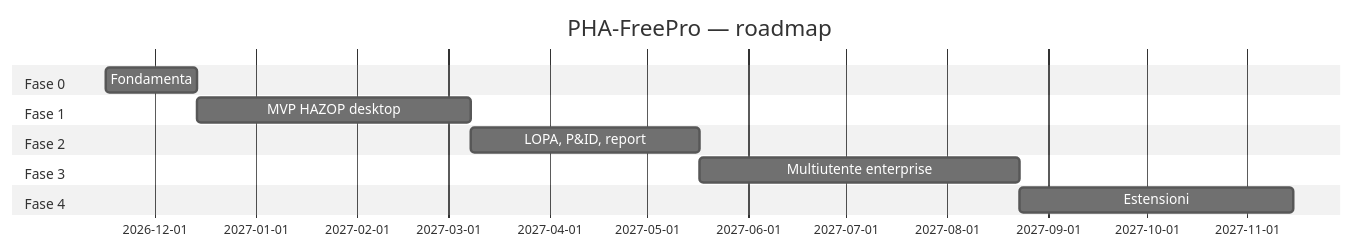
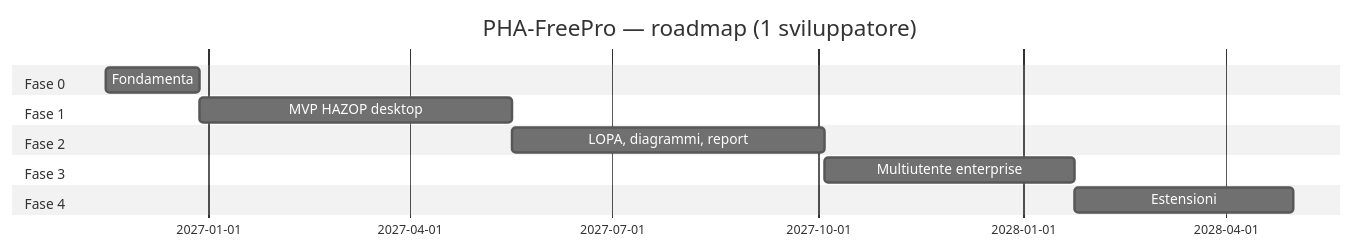
One commit to Desluca/PHA-FreePro changed the diagram in docs/PLANNER.md. Above: the diagram before and after it, drawn with Mermaid (neutral theme). The commit also changed other lines of this file and 6 other files, not shown here.

````diff
--- a/docs/PLANNER.md
+++ b/docs/PLANNER.md
@@ -29,15 +33,15 @@
 ```mermaid
 gantt
-    title PHA-FreePro — roadmap
+    title PHA-FreePro — roadmap (1 sviluppatore)
     dateFormat  YYYY-MM-DD
     section Fase 0
-    Fondamenta              :f0, 2026-11-16, 4w
+    Fondamenta                     :f0, 2026-11-16, 6w
     section Fase 1
-    MVP HAZOP desktop       :f1, after f0, 12w
+    MVP HAZOP desktop              :f1, after f0, 20w
     section Fase 2
-    LOPA, P&ID, report      :f2, after f1, 10w
+    LOPA, diagrammi, report        :f2, after f1, 20w
     section Fase 3
-    Multiutente enterprise  :f3, after f2, 14w
+    Multiutente enterprise         :f3, after f2, 16w
     section Fase 4
-    Estensioni              :f4, after f3, 12w
+    Estensioni                     :f4, after f3, 14w
 ```
````
